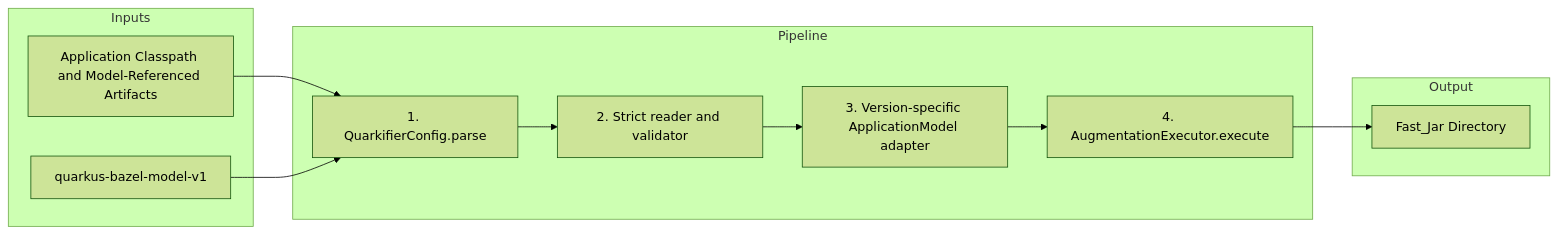
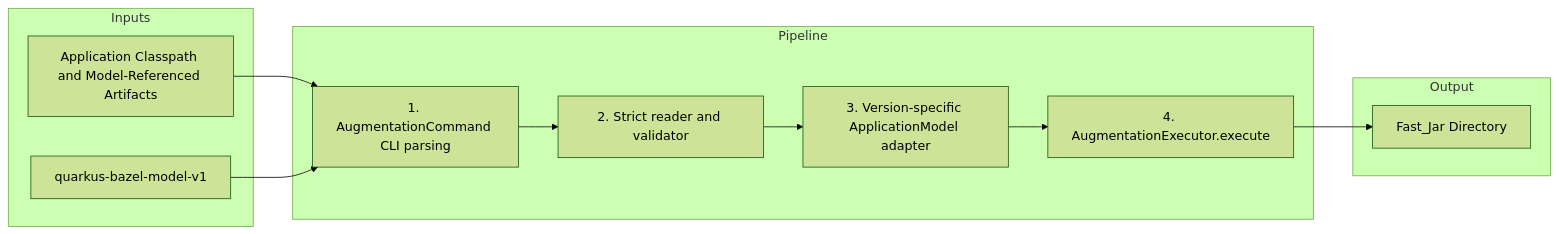
Before and after one commit to clementguillot/rules_quarkus: the diagram in docs/quarkifier.md, drawn with Mermaid (forest theme). The commit also changed other lines of this file and 42 other files, not shown here.

````diff
--- a/docs/quarkifier.md
+++ b/docs/quarkifier.md
@@ -182,25 +176,25 @@
 ```mermaid
 graph LR
     subgraph Inputs
         MODEL[quarkus-bazel-model-v1]
         AC[Application Classpath and Model-Referenced Artifacts]
     end
 
     subgraph Pipeline
-        PARSE[1. QuarkifierConfig.parse]
+        PARSE[1. AugmentationCommand CLI parsing]
         READ[2. Strict reader and validator]
         ADAPT[3. Version-specific ApplicationModel adapter]
         EXEC[4. AugmentationExecutor.execute]
     end
 
     subgraph Output
         FJ[Fast_Jar Directory]
     end
 
     AC --> PARSE
     MODEL --> PARSE
     PARSE --> READ
     READ --> ADAPT
     ADAPT --> EXEC
     EXEC --> FJ
 ```
````
